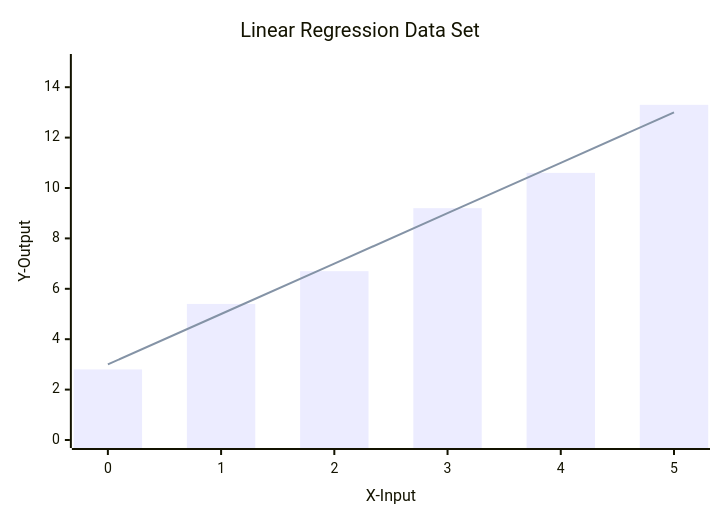
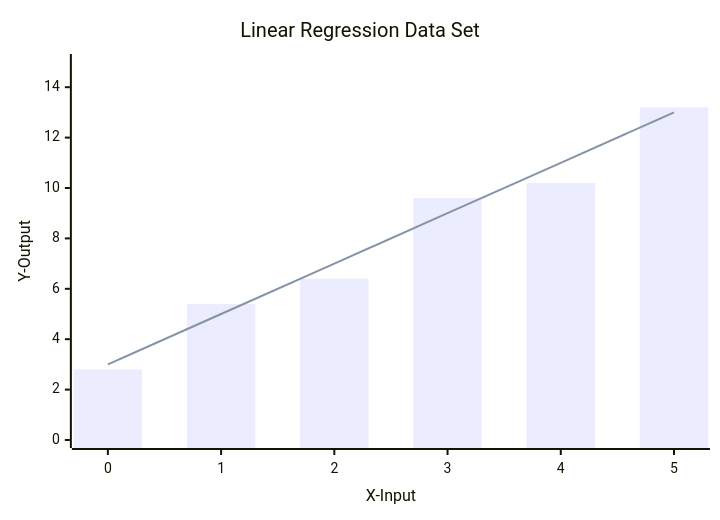
Before and after one commit to Palash90/build-your-own-nn: the second of 2 diagrams in README.md, drawn with Mermaid.

````diff
--- a/README.md
+++ b/README.md
@@ -1364,8 +1364,8 @@
 ```mermaid
 xychart-beta
     title "Linear Regression Data Set"
     x-axis "X-Input" [0, 1, 2, 3, 4, 5]
     y-axis "Y-Output" 0 --> 15
-    bar [2.8, 5.4, 6.7, 9.2, 10.6, 13.3]
+    bar [2.8, 5.4, 6.4, 9.6, 10.2, 13.2]
     line [3, 5, 7, 9, 11, 13]
 ```
````
